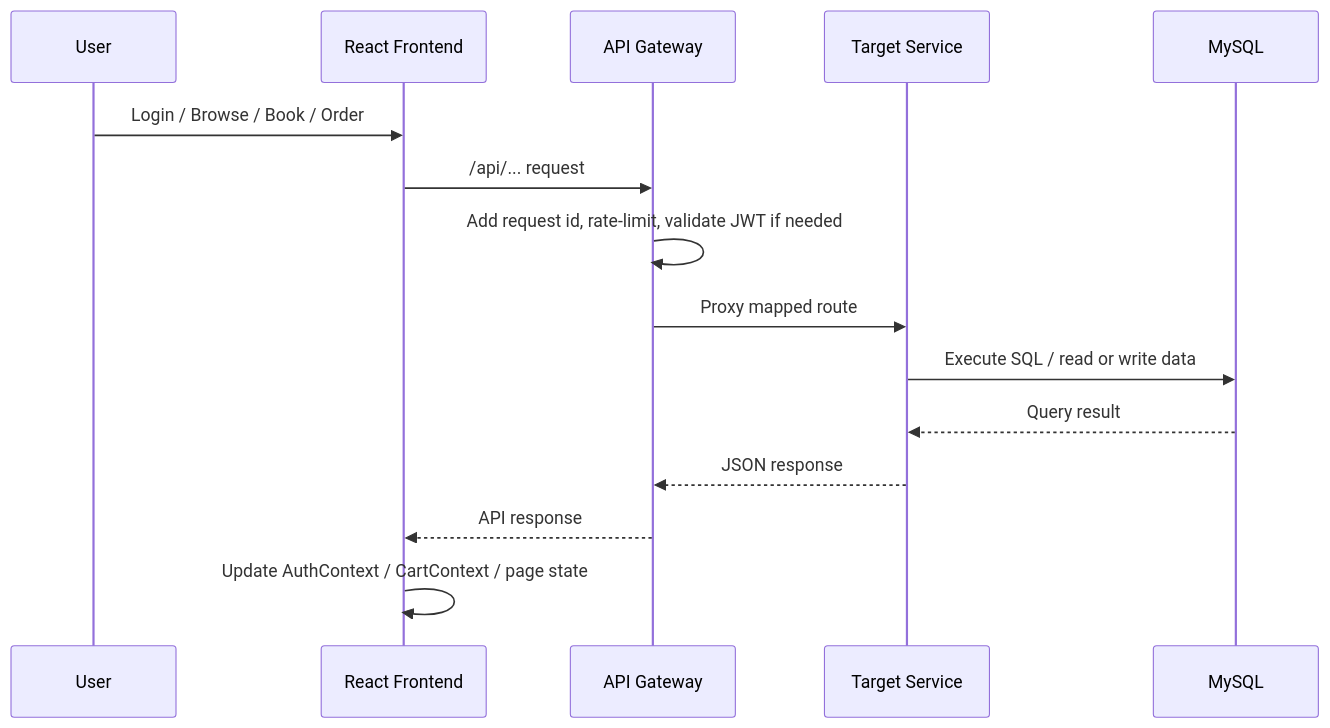
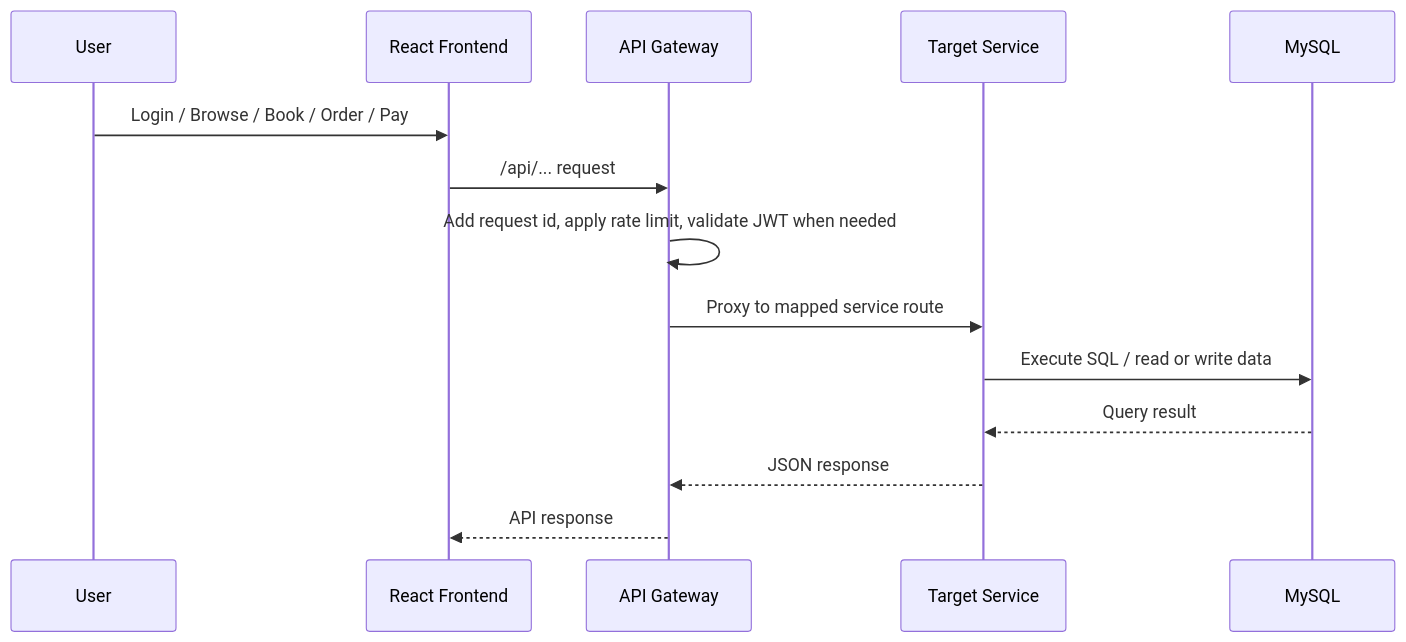
Before and after one commit to bestinall/Zaykaa_start: the second of 2 diagrams in README.md, drawn with Mermaid. The commit also changed other lines of this file and 2 other files, not shown here.

````diff
--- a/README.md
+++ b/README.md
@@ -82,18 +94,17 @@
 ```mermaid
 sequenceDiagram
     participant U as User
     participant FE as React Frontend
     participant GW as API Gateway
     participant SVC as Target Service
     participant DB as MySQL
 
-    U->>FE: Login / Browse / Book / Order
+    U->>FE: Login / Browse / Book / Order / Pay
     FE->>GW: /api/... request
-    GW->>GW: Add request id, rate-limit, validate JWT if needed
-    GW->>SVC: Proxy mapped route
+    GW->>GW: Add request id, apply rate limit, validate JWT when needed
+    GW->>SVC: Proxy to mapped service route
     SVC->>DB: Execute SQL / read or write data
     DB-->>SVC: Query result
     SVC-->>GW: JSON response
     GW-->>FE: API response
-    FE->>FE: Update AuthContext / CartContext / page state
 ```
````
